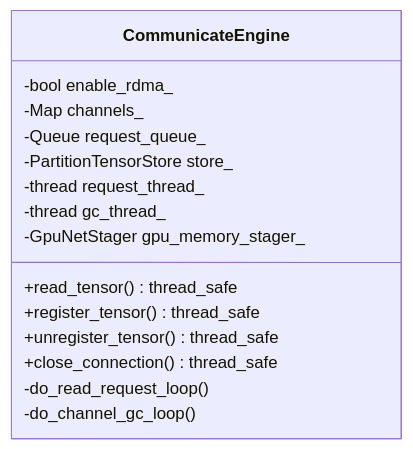
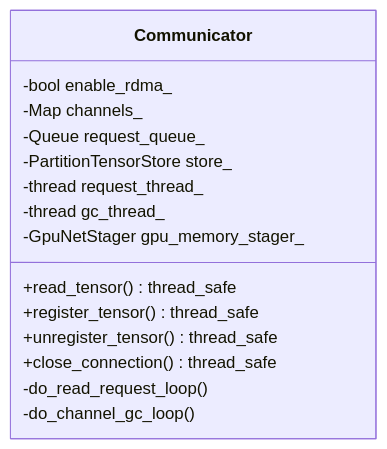
One commit to tensorcast-ai/tensorcast changed the third of 13 diagrams in core/communicator/README.md. Above: the diagram before and after it, drawn with Mermaid. The commit also changed other lines of this file and 38 other files, not shown here.

Commit message:
refactor: rename CommunicateEngine to Communicator

````diff
--- a/core/communicator/README.md
+++ b/core/communicator/README.md
@@ -174,19 +174,19 @@
 ```mermaid
 classDiagram
-  class CommunicateEngine {
+  class Communicator {
     -bool enable_rdma_
     -Map channels_
     -Queue request_queue_
     -PartitionTensorStore store_
     -thread request_thread_
     -thread gc_thread_
     -GpuNetStager gpu_memory_stager_
 
     +read_tensor() thread_safe
     +register_tensor() thread_safe
     +unregister_tensor() thread_safe
     +close_connection() thread_safe
     -do_read_request_loop()
     -do_channel_gc_loop()
   }
 ```
````
